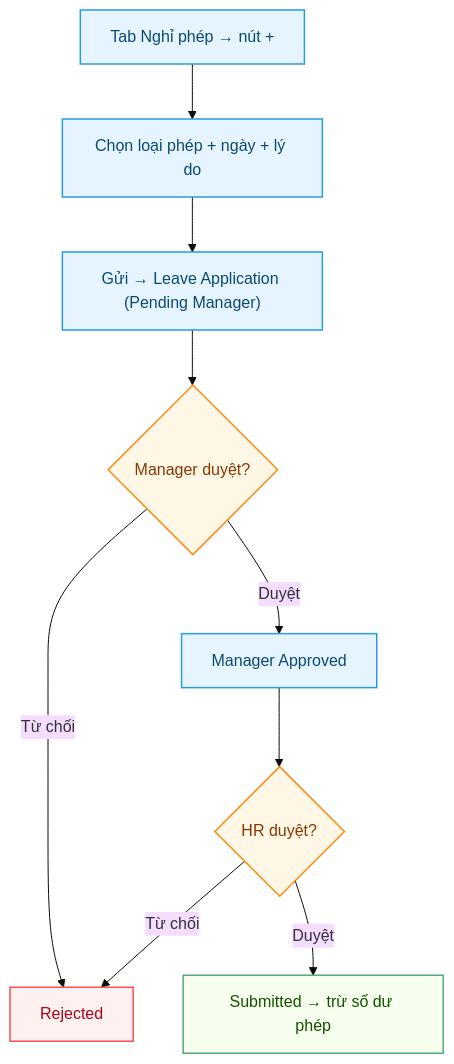
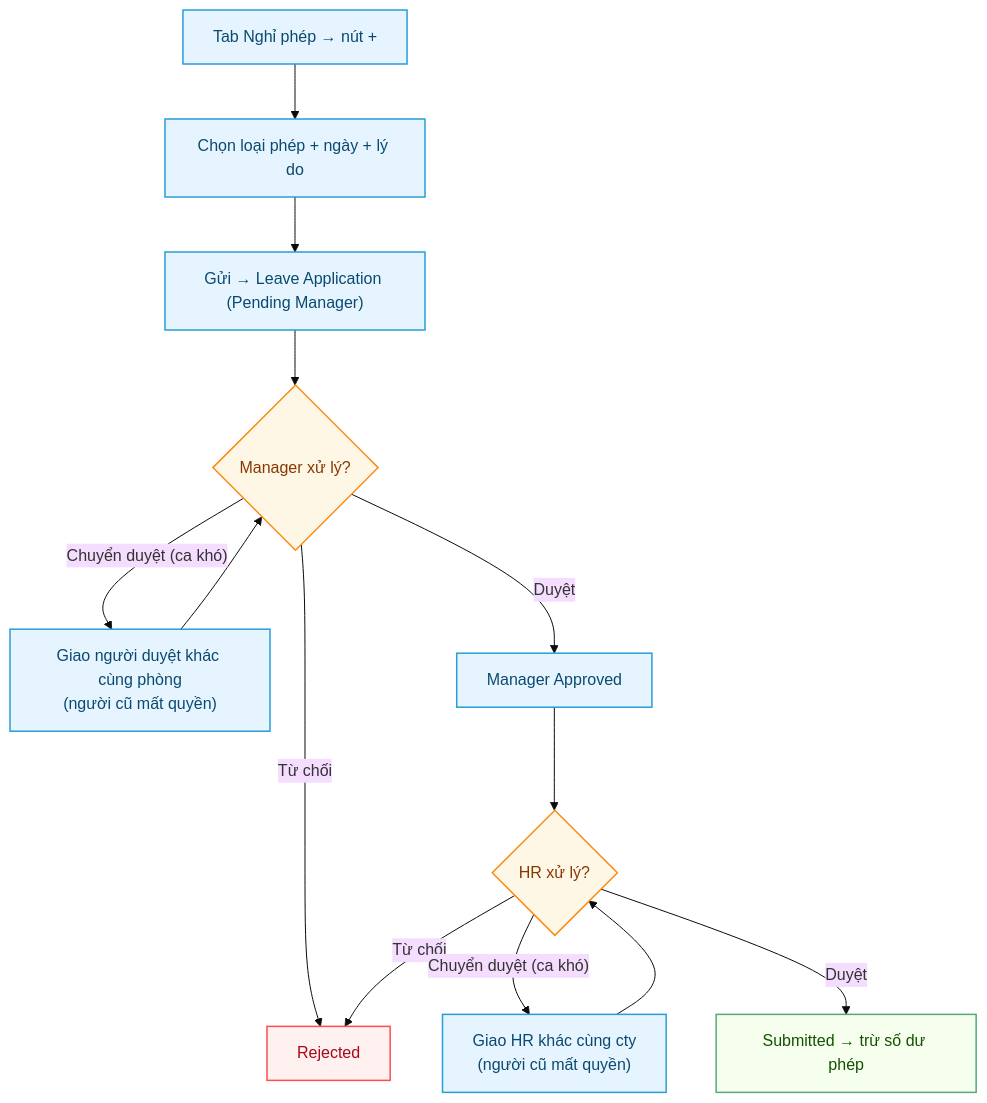
The second of 2 diagrams in users/HR-Leave-Setup.md (CobeGroup/cobe_erp_documents), drawn with Mermaid before and after one commit. The commit also changed other lines of this file and 2 other files, not shown here.

First line of the commit message:
docs(hr): forward duyệt + chấm công presence-based + seed office location

````diff
--- a/users/HR-Leave-Setup.md
+++ b/users/HR-Leave-Setup.md
@@ -47,22 +47,26 @@
 ```mermaid
 %%{init: {'theme':'base','themeVariables':{'fontSize':'16px'},'flowchart':{'nodeSpacing':50,'rankSpacing':55}}}%%
 flowchart TD
   classDef process fill:#e6f4ff,stroke:#299dd8,stroke-width:1.5px,color:#0b4a6f;
   classDef decision fill:#fff7e6,stroke:#fa8c16,stroke-width:1.5px,color:#873800;
   classDef good fill:#f6ffed,stroke:#54ab78,stroke-width:1.5px,color:#135200;
   classDef bad fill:#fff1f0,stroke:#ff4d4f,stroke-width:1.5px,color:#a8071a;
 
   A["Tab Nghỉ phép → nút +"] --> B["Chọn loại phép + ngày + lý do"]
   B --> C["Gửi → Leave Application (Pending Manager)"]
-  C --> D{"Manager duyệt?"}
+  C --> D{"Manager xử lý?"}
   D -- "Từ chối" --> X["Rejected"]
+  D -- "Chuyển duyệt (ca khó)" --> D2["Giao người duyệt khác cùng phòng<br/>(người cũ mất quyền)"]
+  D2 --> D
   D -- "Duyệt" --> E["Manager Approved"]
-  E --> F{"HR duyệt?"}
+  E --> F{"HR xử lý?"}
   F -- "Từ chối" --> X
+  F -- "Chuyển duyệt (ca khó)" --> F2["Giao HR khác cùng cty<br/>(người cũ mất quyền)"]
+  F2 --> F
   F -- "Duyệt" --> G["Submitted → trừ số dư phép"]
 
-  class A,B,C,E process
+  class A,B,C,E,D2,F2 process
   class D,F decision
   class G good
   class X bad
 ```
````
